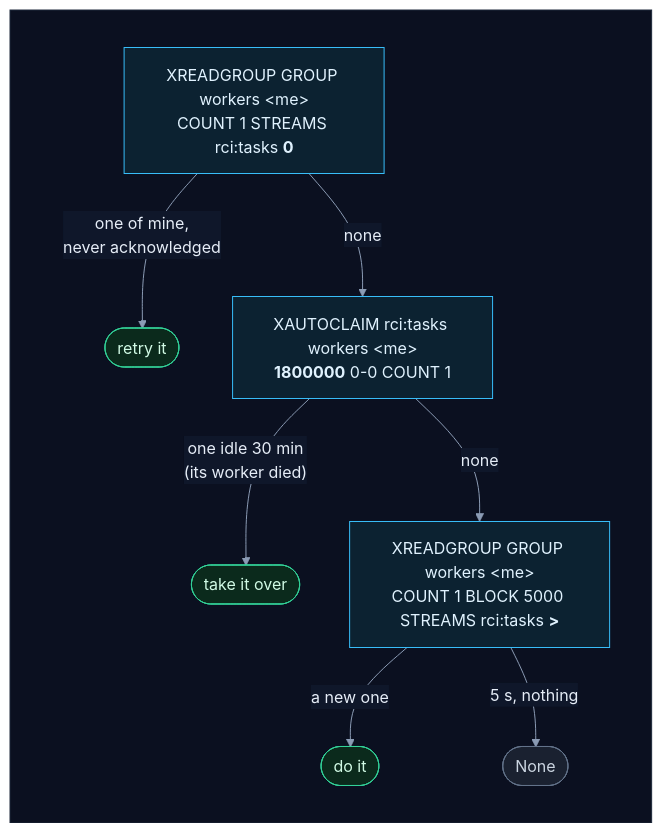
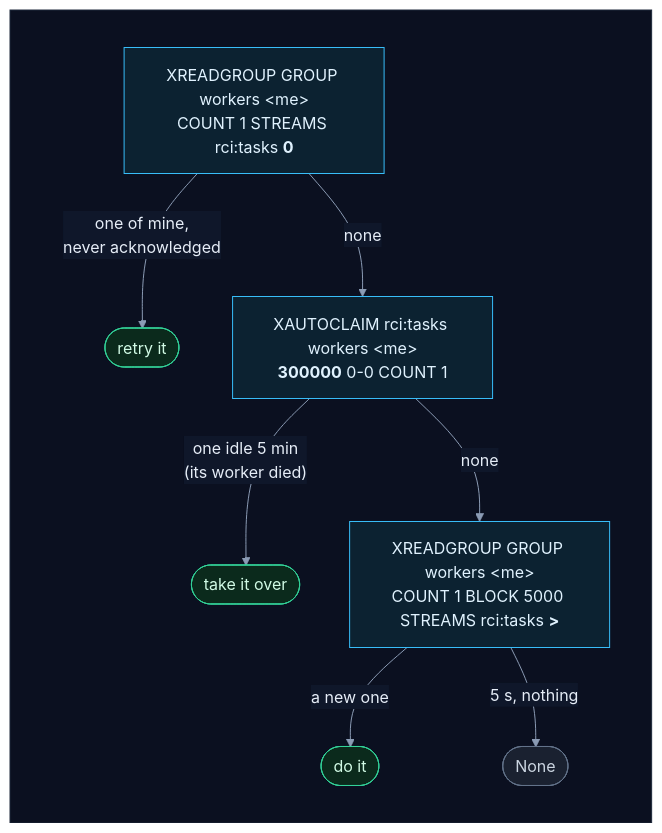
Before and after one commit to selvakumarperumal/Regulatory_Circular_Impact_Agent: the fifth of 19 diagrams in backend/worker/INTERNALS.md, drawn with Mermaid. The commit also changed other lines of this file and 4 other files, not shown here.

````diff
--- a/backend/worker/INTERNALS.md
+++ b/backend/worker/INTERNALS.md
@@ -249,27 +250,27 @@
 ```mermaid
 %%{init: {"theme": "base", "flowchart": {"diagramPadding": 0}, "themeVariables": {"darkMode": true, "primaryColor": "#16213a", "primaryTextColor": "#e6edf7", "primaryBorderColor": "#475a7a", "lineColor": "#8b9bb4", "secondaryColor": "#1b2436", "tertiaryColor": "#101a2e", "edgeLabelBackground": "#0f172a", "textColor": "#e2e8f0", "clusterBkg": "#0f1728", "clusterBorder": "#2b3a55", "titleColor": "#c4b5fd", "nodeTextColor": "#e6edf7"}}}%%
 flowchart TD
     subgraph canvas[" "]
         direction TB
         a["XREADGROUP GROUP workers &lt;me&gt;<br/>COUNT 1 STREAMS rci:tasks <b>0</b>"] -->|"one of mine,<br/>never acknowledged"| r1(["retry it"])
-        a -->|"none"| b["XAUTOCLAIM rci:tasks workers &lt;me&gt;<br/><b>1800000</b> 0-0 COUNT 1"]
-        b -->|"one idle 30 min<br/>(its worker died)"| r2(["take it over"])
+        a -->|"none"| b["XAUTOCLAIM rci:tasks workers &lt;me&gt;<br/><b>300000</b> 0-0 COUNT 1"]
+        b -->|"one idle 5 min<br/>(its worker died)"| r2(["take it over"])
         b -->|"none"| c["XREADGROUP GROUP workers &lt;me&gt;<br/>COUNT 1 BLOCK 5000 STREAMS rci:tasks <b>&gt;</b>"]
         c -->|"a new one"| r3(["do it"])
         c -->|"5 s, nothing"| r4(["None"])
     end
     classDef svc fill:#0e2a2c,stroke:#2dd4bf,color:#ccfbf1
     classDef data fill:#1c1a47,stroke:#818cf8,color:#e0e7ff
     classDef ext fill:#2a1640,stroke:#c084fc,color:#f3e8ff
     classDef gpu fill:#2d1b0c,stroke:#fb923c,color:#ffedd5
     classDef ask fill:#2a2410,stroke:#fbbf24,color:#fef3c7
     classDef ok fill:#0b2a1c,stroke:#34d399,color:#d1fae5
     classDef bad fill:#2e0f17,stroke:#fb7185,color:#ffe4e6
     classDef start fill:#1c2a0e,stroke:#a7ef6f,color:#ecfccb
     classDef muted fill:#1a2130,stroke:#64748b,color:#cbd5e1
     classDef queue fill:#0c2231,stroke:#38bdf8,color:#e0f2fe
     class a,b,c queue
     class r1,r2,r3 ok
     class r4 muted
     style canvas fill:#0b1020,stroke:#1e293b,color:#0b1020
 ```
````
